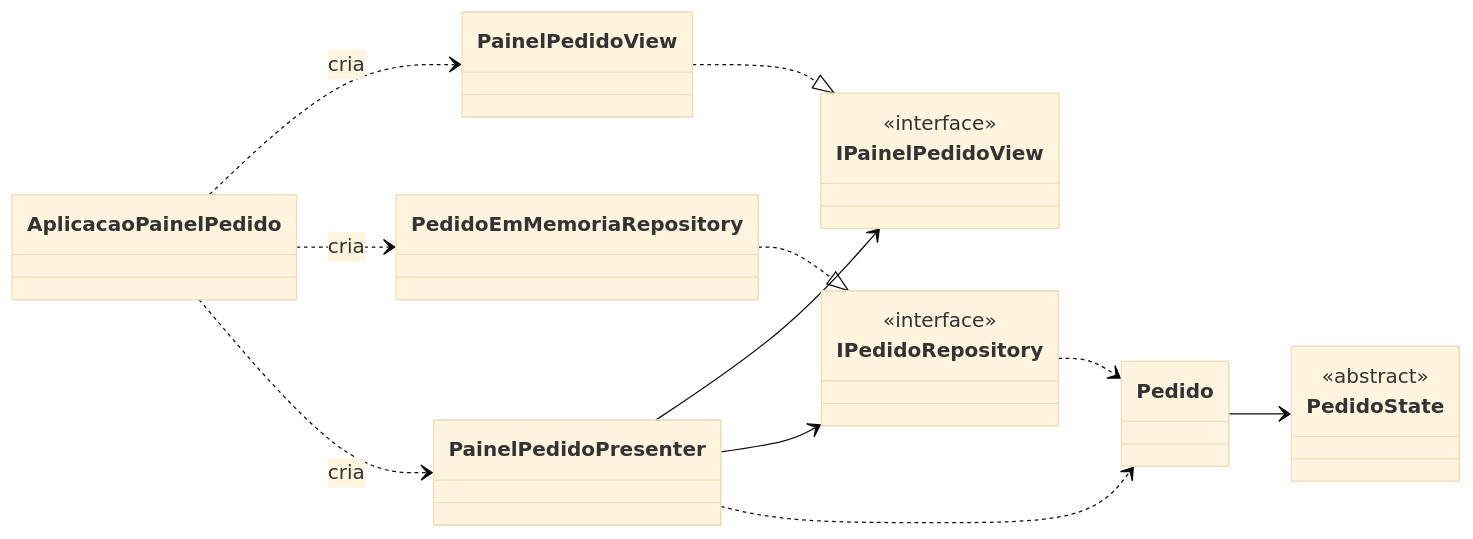
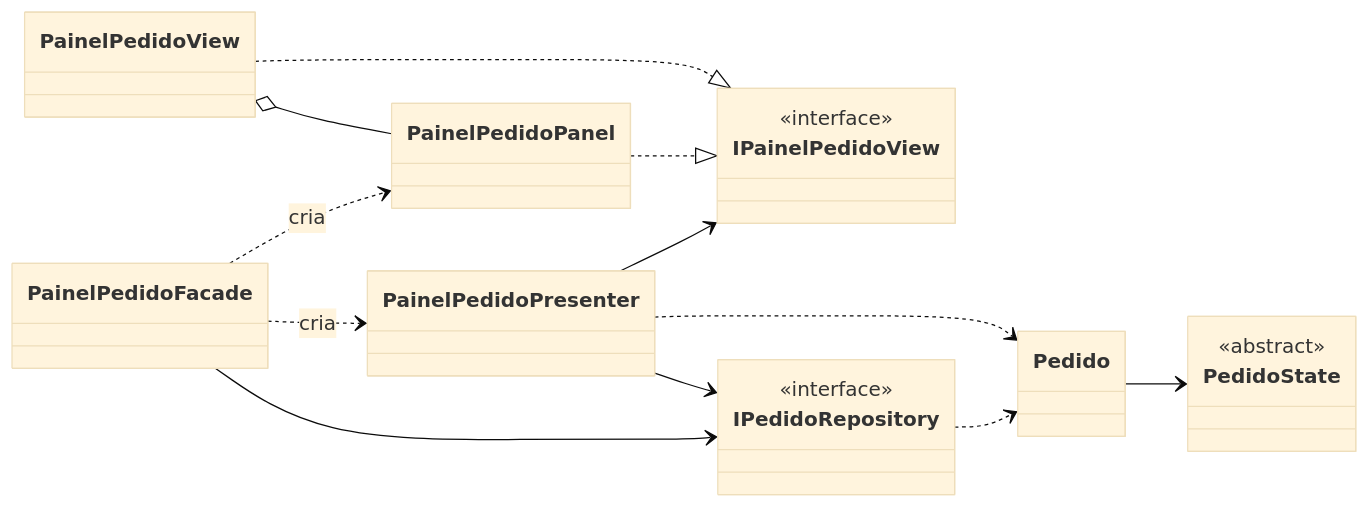
The first of 7 diagrams in openspec/specs/painel-acompanhamento-pedidos/design.md (claytonfraga/painel_pedidos_component), drawn with Mermaid (base theme) before and after one commit. The commit also changed other lines of this file and 35 other files, not shown here.

````diff
--- a/openspec/specs/painel-acompanhamento-pedidos/design.md
+++ b/openspec/specs/painel-acompanhamento-pedidos/design.md
@@ -18,22 +18,23 @@
 ```mermaid
 classDiagram
     direction LR
-    class AplicacaoPainelPedido
+    class PainelPedidoFacade
     class PainelPedidoPresenter
     class IPainelPedidoView { <<interface>> }
+    class PainelPedidoPanel
     class PainelPedidoView
     class IPedidoRepository { <<interface>> }
-    class PedidoEmMemoriaRepository
     class Pedido
     class PedidoState { <<abstract>> }
-    AplicacaoPainelPedido ..> PainelPedidoView : cria
-    AplicacaoPainelPedido ..> PedidoEmMemoriaRepository : cria
-    AplicacaoPainelPedido ..> PainelPedidoPresenter : cria
+    PainelPedidoFacade ..> PainelPedidoPanel : cria
+    PainelPedidoFacade ..> PainelPedidoPresenter : cria
+    PainelPedidoFacade --> IPedidoRepository
     PainelPedidoPresenter --> IPainelPedidoView
     PainelPedidoPresenter --> IPedidoRepository
+    PainelPedidoPanel ..|> IPainelPedidoView
     PainelPedidoView ..|> IPainelPedidoView
-    PedidoEmMemoriaRepository ..|> IPedidoRepository
+    PainelPedidoView o-- PainelPedidoPanel
     IPedidoRepository ..> Pedido
     Pedido --> PedidoState
     PainelPedidoPresenter ..> Pedido
 ```
````
